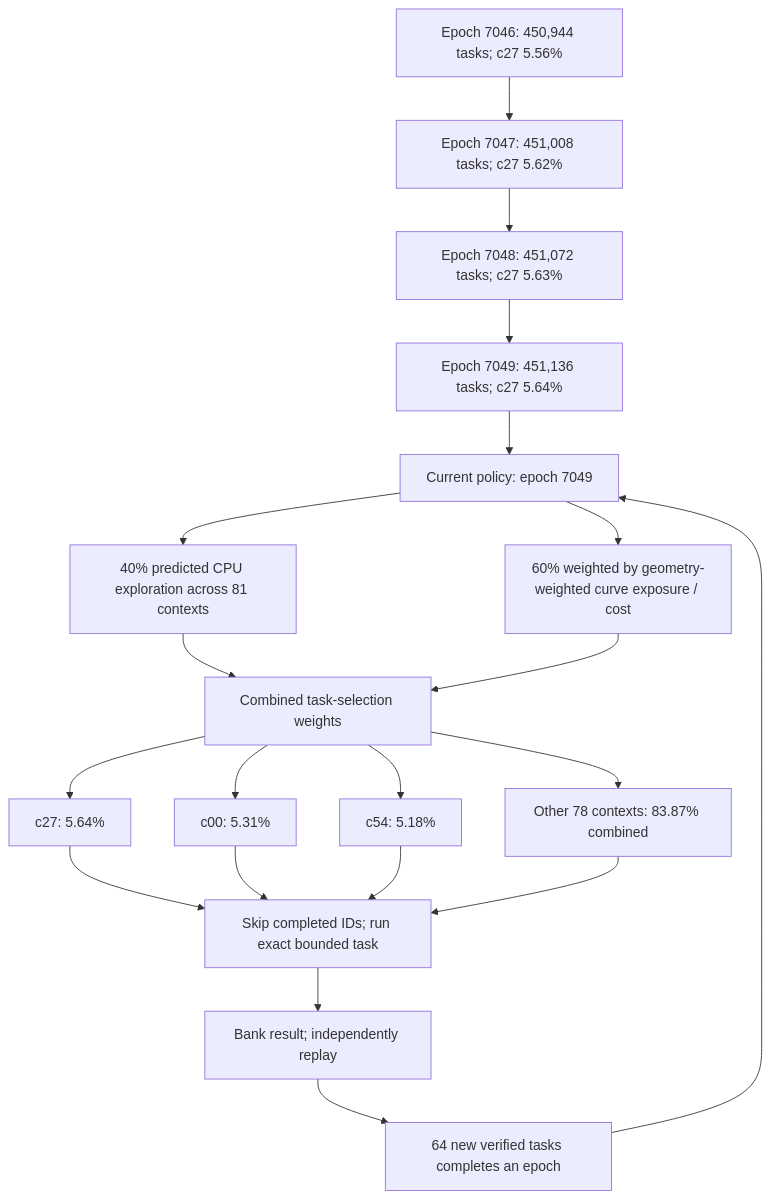
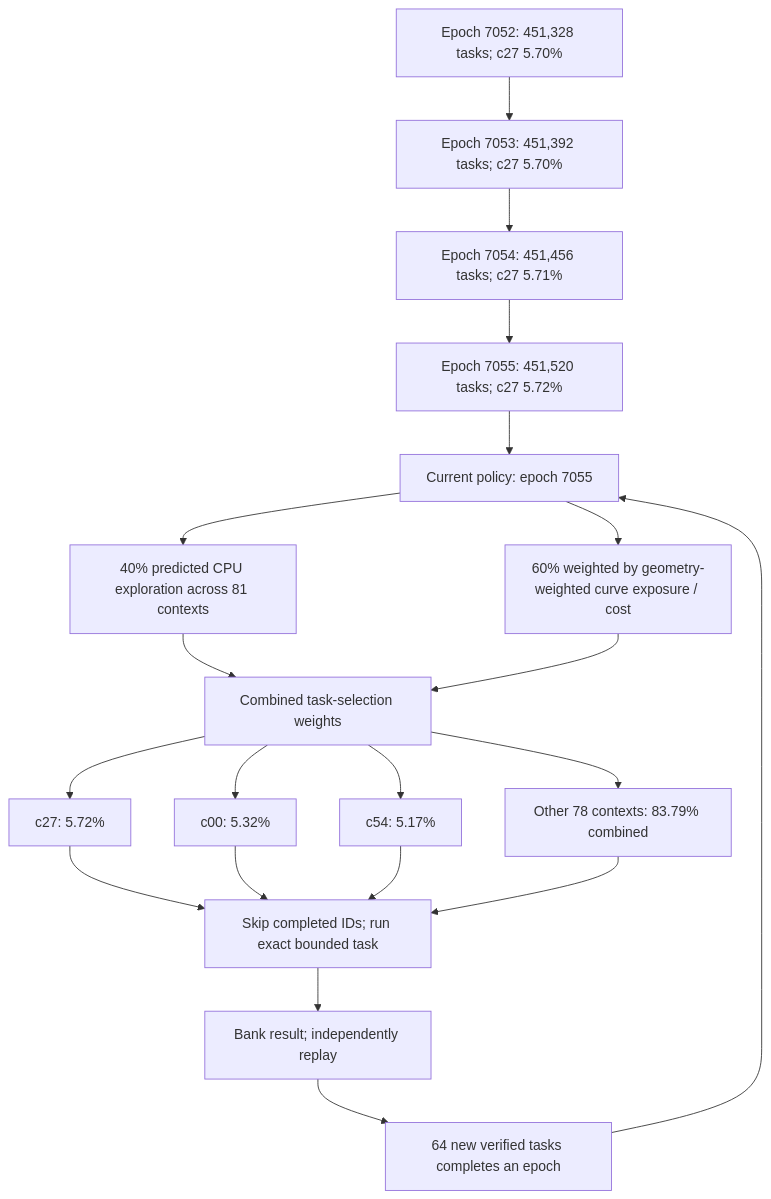
The first of 4 diagrams in README.md (Kuberwastaken/math-gambling), drawn with Mermaid before and after one commit. The commit also changed other lines of this file and 1930 other files, not shown here.

````diff
--- a/README.md
+++ b/README.md
@@ -60,27 +60,27 @@
 ```mermaid
 flowchart TD
-    H0["Epoch 7046: 450,944 tasks; c27 5.56%"]
-    H1["Epoch 7047: 451,008 tasks; c27 5.62%"]
+    H0["Epoch 7052: 451,328 tasks; c27 5.70%"]
+    H1["Epoch 7053: 451,392 tasks; c27 5.70%"]
     H0 --> H1
-    H2["Epoch 7048: 451,072 tasks; c27 5.63%"]
+    H2["Epoch 7054: 451,456 tasks; c27 5.71%"]
     H1 --> H2
-    H3["Epoch 7049: 451,136 tasks; c27 5.64%"]
+    H3["Epoch 7055: 451,520 tasks; c27 5.72%"]
     H2 --> H3
-    Policy["Current policy: epoch 7049"]
+    Policy["Current policy: epoch 7055"]
     H3 --> Policy
     Policy --> Explore["40% predicted CPU exploration across 81 contexts"]
     Policy --> Cost["60% weighted by geometry-weighted curve exposure / cost"]
     Explore --> Mix["Combined task-selection weights"]
     Cost --> Mix
-    Mix --> C0["c27: 5.64%"]
-    Mix --> C1["c00: 5.31%"]
-    Mix --> C2["c54: 5.18%"]
-    Mix --> Rest["Other 78 contexts: 83.87% combined"]
+    Mix --> C0["c27: 5.72%"]
+    Mix --> C1["c00: 5.32%"]
+    Mix --> C2["c54: 5.17%"]
+    Mix --> Rest["Other 78 contexts: 83.79% combined"]
     C0 --> Check["Skip completed IDs; run exact bounded task"]
     C1 --> Check
     C2 --> Check
     Rest --> Check
     Check --> Replay["Bank result; independently replay"]
     Replay --> Gate["64 new verified tasks completes an epoch"]
     Gate --> Policy
 ```
````
